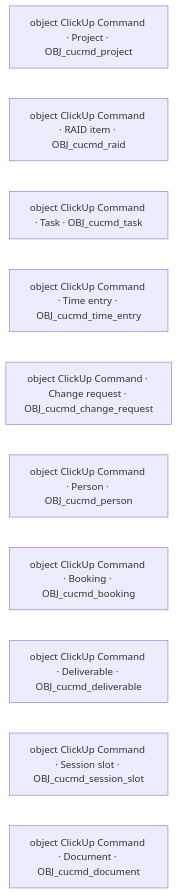
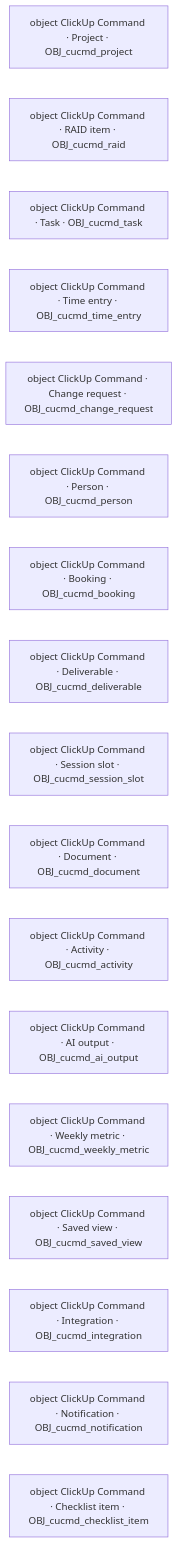
One commit to gouravUnifyapps/all-demo-foders changed the diagram in clickup/clickup-delivery-command-dashboard/.nebula/solution-chart.md. Above: the diagram before and after it, drawn with Mermaid. The commit also changed 20 other files, not shown here.

````diff
--- a/clickup/clickup-delivery-command-dashboard/.nebula/solution-chart.md
+++ b/clickup/clickup-delivery-command-dashboard/.nebula/solution-chart.md
@@ -3,13 +3,20 @@
 ```mermaid
 flowchart LR
   n1["object ClickUp Command · Project · OBJ_cucmd_project"]
   n2["object ClickUp Command · RAID item · OBJ_cucmd_raid"]
   n3["object ClickUp Command · Task · OBJ_cucmd_task"]
   n4["object ClickUp Command · Time entry · OBJ_cucmd_time_entry"]
   n5["object ClickUp Command · Change request · OBJ_cucmd_change_request"]
   n6["object ClickUp Command · Person · OBJ_cucmd_person"]
   n7["object ClickUp Command · Booking · OBJ_cucmd_booking"]
   n8["object ClickUp Command · Deliverable · OBJ_cucmd_deliverable"]
   n9["object ClickUp Command · Session slot · OBJ_cucmd_session_slot"]
   n10["object ClickUp Command · Document · OBJ_cucmd_document"]
+  n11["object ClickUp Command · Activity · OBJ_cucmd_activity"]
+  n12["object ClickUp Command · AI output · OBJ_cucmd_ai_output"]
+  n13["object ClickUp Command · Weekly metric · OBJ_cucmd_weekly_metric"]
+  n14["object ClickUp Command · Saved view · OBJ_cucmd_saved_view"]
+  n15["object ClickUp Command · Integration · OBJ_cucmd_integration"]
+  n16["object ClickUp Command · Notification · OBJ_cucmd_notification"]
+  n17["object ClickUp Command · Checklist item · OBJ_cucmd_checklist_item"]
 ```
````
